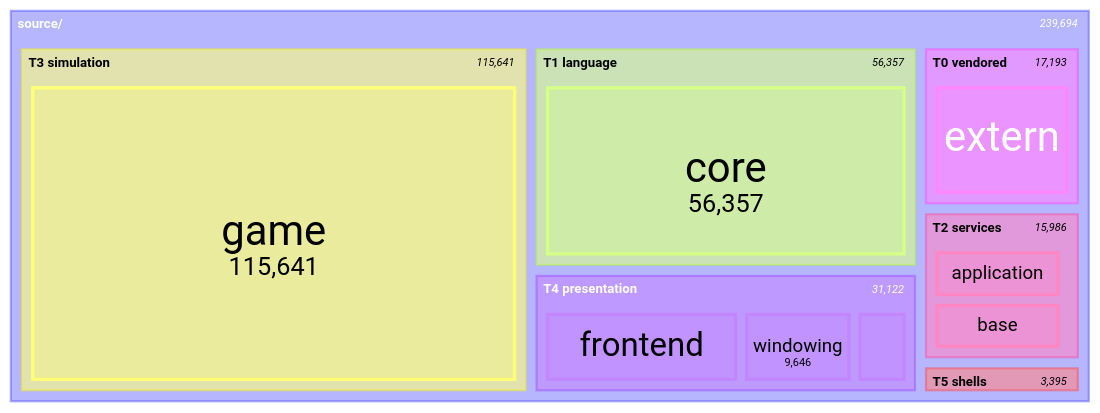
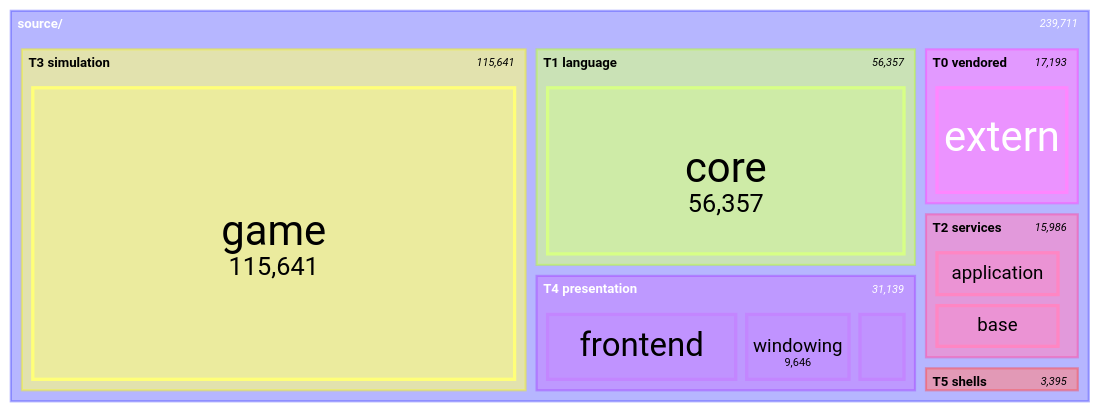
Before and after one commit to apnex/OpenStarbound: the seventh of 11 diagrams in docs/architecture/system-boundaries.md, drawn with Mermaid. The commit also changed other lines of this file and 2 other files, not shown here.

````diff
--- a/docs/architecture/system-boundaries.md
+++ b/docs/architecture/system-boundaries.md
@@ -592,22 +592,22 @@
 ```mermaid
 treemap-beta
 "source/"
     "T0 vendored"
         "extern": 17193
     "T1 language"
         "core": 56357
     "T2 services"
         "application": 7529
         "base": 7468
         "metrics": 847
         "platform": 142
     "T3 simulation"
         "game": 115641
     "T4 presentation"
         "frontend": 16863
         "windowing": 9646
-        "rendering": 4613
+        "rendering": 4630
     "T5 shells"
         "client": 2612
         "server": 783
 ```
````
